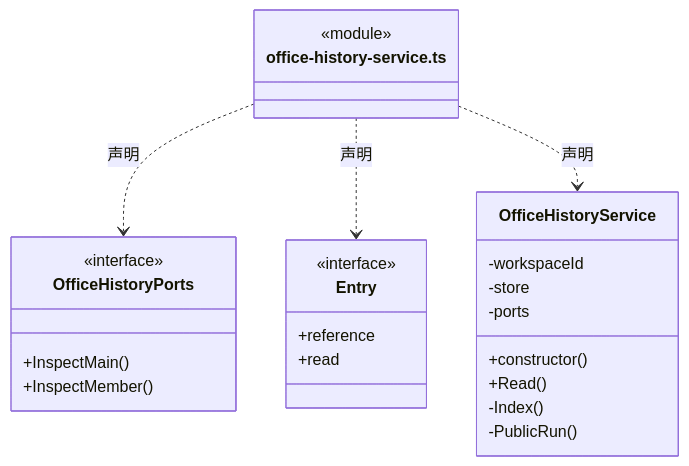
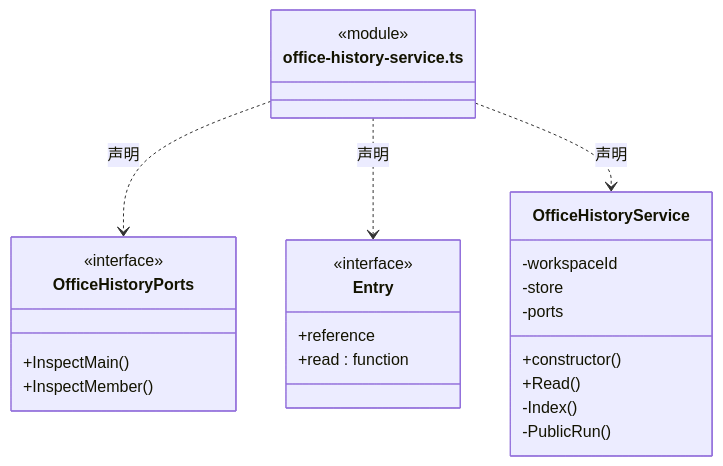
The third of 25 diagrams in src/logic/tasks/runtime/ARCHITECTURE.md (nan023062/cbim), drawn with Mermaid before and after one commit. The commit also changed other lines of this file and 137 other files, not shown here.

Commit message:
fix: align architecture generator with documentation standards

````diff
--- a/src/logic/tasks/runtime/ARCHITECTURE.md
+++ b/src/logic/tasks/runtime/ARCHITECTURE.md
@@ -135,28 +139,28 @@
 ```mermaid
 classDiagram
 class N_src_logic_tasks_runtime_office_history_service_ts["office-history-service.ts"] {
   <<module>>
 }
 class N_src_logic_tasks_runtime_office_history_service_ts_OfficeHistoryPorts["OfficeHistoryPorts"] {
   <<interface>>
   +InspectMain()
   +InspectMember()
 }
 N_src_logic_tasks_runtime_office_history_service_ts ..> N_src_logic_tasks_runtime_office_history_service_ts_OfficeHistoryPorts : 声明
 class N_src_logic_tasks_runtime_office_history_service_ts_Entry["Entry"] {
   <<interface>>
   +reference
-  +read
+  +read : function
 }
 N_src_logic_tasks_runtime_office_history_service_ts ..> N_src_logic_tasks_runtime_office_history_service_ts_Entry : 声明
 class N_src_logic_tasks_runtime_office_history_service_ts_OfficeHistoryService["OfficeHistoryService"] {
   +constructor()
   +Read()
   -workspaceId
   -store
   -ports
   -Index()
   -PublicRun()
 }
 N_src_logic_tasks_runtime_office_history_service_ts ..> N_src_logic_tasks_runtime_office_history_service_ts_OfficeHistoryService : 声明
 ```
````
